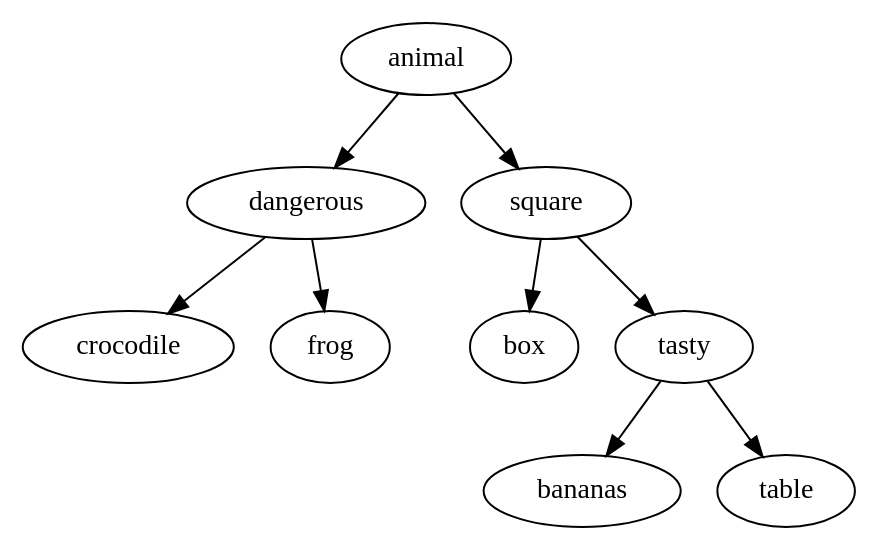
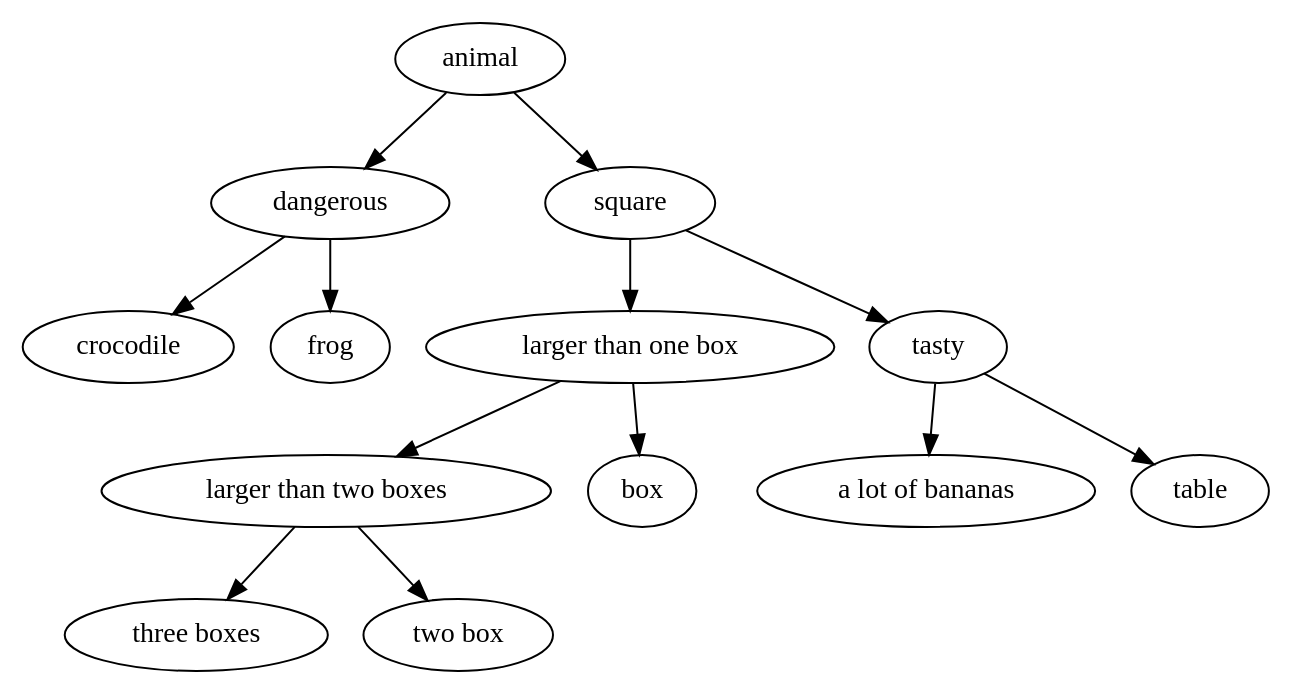
Before and after one commit to alextroegubov/Technotrack-C-course: the diagram in akinator/tree.dot, drawn with Graphviz. The commit also changed 6 other files, not shown here.

```diff
--- a/akinator/tree.dot
+++ b/akinator/tree.dot
@@ -1,20 +1,28 @@
 digraph G {
-94030737728848[label = crocodile]
-94030737728768[label = dangerous]
-94030737728768->94030737728848;
-94030737728768->94030737728928;
-94030737728928[label = frog]
-94030737728688[label = animal]
-94030737728688->94030737728768;
-94030737728688->94030737729008;
-94030737729088[label = box]
-94030737729008[label = square]
-94030737729008->94030737729088;
-94030737729008->94030737731328;
-94030737731408[label = bananas]
-94030737731328[label = tasty]
-94030737731328->94030737731408;
-94030737731328->94030737729168;
-94030737729168[label = table]
+94616415032656[label = "crocodile"]
+94616415032576[label = "dangerous"]
+94616415032576->94616415032656;
+94616415032576->94616415032736;
+94616415032736[label = "frog"]
+94616415032496[label = "animal"]
+94616415032496->94616415032576;
+94616415032496->94616415032816;
+94616415033056[label = "three boxes"]
+94616415032976[label = "larger than two boxes"]
+94616415032976->94616415033056;
+94616415032976->94616415033136;
+94616415033136[label = "two box"]
+94616415032896[label = "larger than one box"]
+94616415032896->94616415032976;
+94616415032896->94616415033216;
+94616415033216[label = "box"]
+94616415032816[label = "square"]
+94616415032816->94616415032896;
+94616415032816->94616415033296;
+94616415033376[label = "a lot of bananas"]
+94616415033296[label = "tasty"]
+94616415033296->94616415033376;
+94616415033296->94616415033456;
+94616415033456[label = "table"]
 
 }
```
